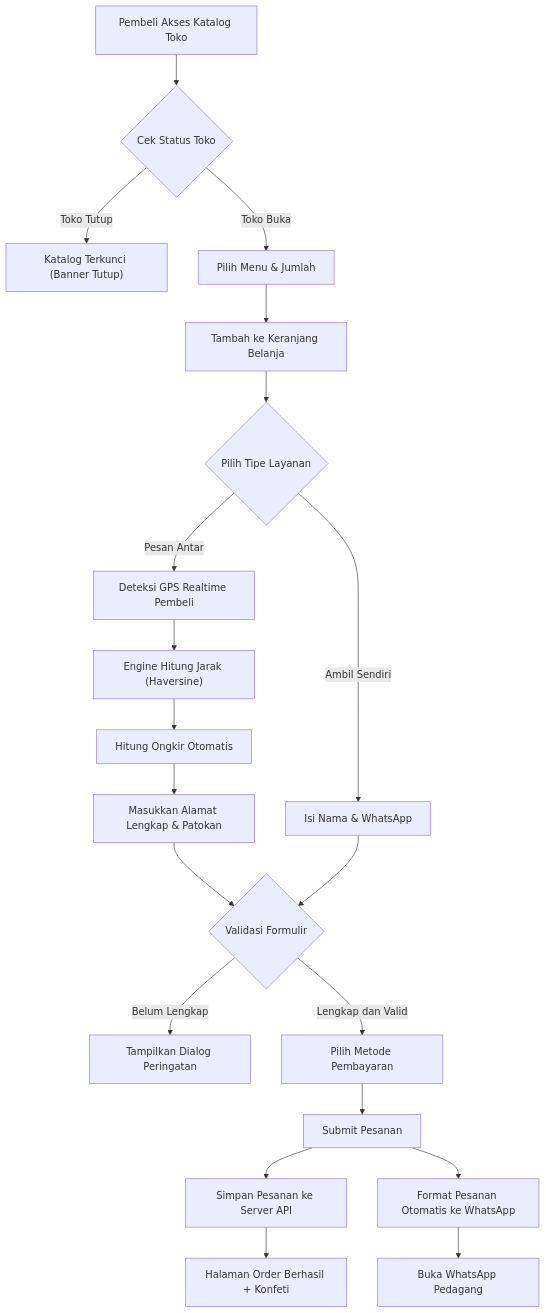
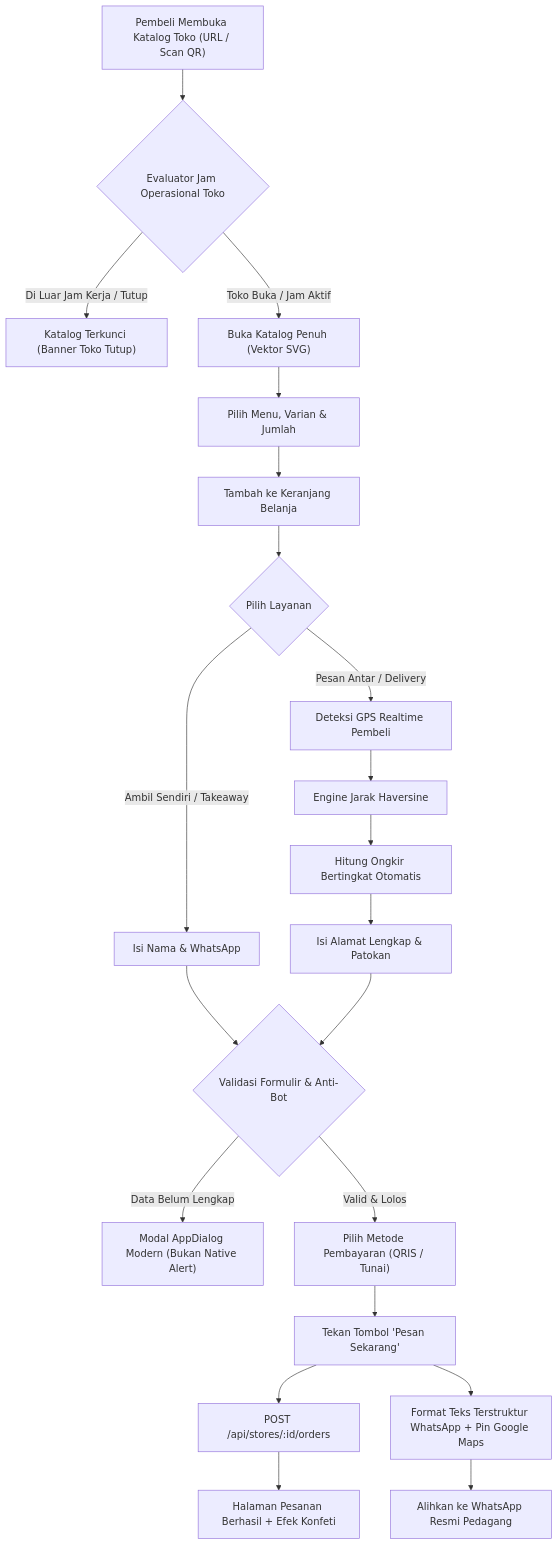
One commit to MohammadNasrullohh/lapakinku changed the second of 5 diagrams in README.md. Above: the diagram before and after it, drawn with Mermaid. The commit also changed other lines of this file and 6 other files, not shown here.

Commit message:
docs: update comprehensive 12-feature matrix, live UI screenshots, and WhatsApp gateway architecture

````diff
--- a/README.md
+++ b/README.md
@@ -106,29 +129,30 @@
 ```mermaid
 flowchart TD
-    Start["Pembeli Akses Katalog Toko"] --> CheckOpen{"Cek Status Toko"}
-    CheckOpen -->|Toko Tutup| ClosedNotice["Katalog Terkunci (Banner Tutup)"]
-    CheckOpen -->|Toko Buka| ViewMenu["Pilih Menu & Jumlah"]
+    Start["Pembeli Membuka Katalog Toko (URL / Scan QR)"] --> CheckHours{"Evaluator Jam Operasional Toko"}
+    CheckHours -->|Di Luar Jam Kerja / Tutup| ClosedBanner["Katalog Terkunci (Banner Toko Tutup)"]
+    CheckHours -->|Toko Buka / Jam Aktif| ShowCatalog["Buka Katalog Penuh (Vektor SVG)"]
     
-    ViewMenu --> AddCart["Tambah ke Keranjang Belanja"]
-    AddCart --> ChooseType{"Pilih Tipe Layanan"}
+    ShowCatalog --> SelectMenu["Pilih Menu, Varian & Jumlah"]
+    SelectMenu --> AddToCart["Tambah ke Keranjang Belanja"]
+    AddToCart --> ChooseService{"Pilih Layanan"}
     
-    ChooseType -->|Ambil Sendiri| FormTakeaway["Isi Nama & WhatsApp"]
-    ChooseType -->|Pesan Antar| DetectGPS["Deteksi GPS Realtime Pembeli"]
+    ChooseService -->|Ambil Sendiri / Takeaway| FormSelf["Isi Nama & WhatsApp"]
+    ChooseService -->|Pesan Antar / Delivery| DetectGPS["Deteksi GPS Realtime Pembeli"]
     
-    DetectGPS --> CalcDistance["Engine Hitung Jarak (Haversine)"]
-    CalcDistance --> CalcShipping["Hitung Ongkir Otomatis"]
-    CalcShipping --> InputAddress["Masukkan Alamat Lengkap & Patokan"]
+    DetectGPS --> CalcDistance["Engine Jarak Haversine"]
+    CalcDistance --> CalcDeliveryFee["Hitung Ongkir Bertingkat Otomatis"]
+    CalcDeliveryFee --> FormDelivery["Isi Alamat Lengkap & Patokan"]
     
-    InputAddress --> Validation{"Validasi Formulir"}
-    FormTakeaway --> Validation
+    FormSelf --> ValidateOrder{"Validasi Formulir & Anti-Bot"}
+    FormDelivery --> ValidateOrder
     
-    Validation -->|Belum Lengkap| InternalDialog["Tampilkan Dialog Peringatan"]
-    Validation -->|Lengkap dan Valid| ChoosePayment["Pilih Metode Pembayaran"]
+    ValidateOrder -->|Data Belum Lengkap| AppDialogModal["Modal AppDialog Modern (Bukan Native Alert)"]
+    ValidateOrder -->|Valid & Lolos| ChoosePayMethod["Pilih Metode Pembayaran (QRIS / Tunai)"]
     
-    ChoosePayment --> SubmitOrder["Submit Pesanan"]
-    SubmitOrder --> SaveOrder["Simpan Pesanan ke Server API"]
-    SubmitOrder --> GenerateWA["Format Pesanan Otomatis ke WhatsApp"]
+    ChoosePayMethod --> Submit["Tekan Tombol 'Pesan Sekarang'"]
+    Submit --> SaveServer["POST /api/stores/:id/orders"]
+    Submit --> BuildWA["Format Teks Terstruktur WhatsApp + Pin Google Maps"]
     
-    SaveOrder --> SuccessScreen["Halaman Order Berhasil + Konfeti"]
-    GenerateWA --> OpenWA["Buka WhatsApp Pedagang"]
+    SaveServer --> SuccessScreen["Halaman Pesanan Berhasil + Efek Konfeti"]
+    BuildWA --> OpenWA["Alihkan ke WhatsApp Resmi Pedagang"]
 ```
````
